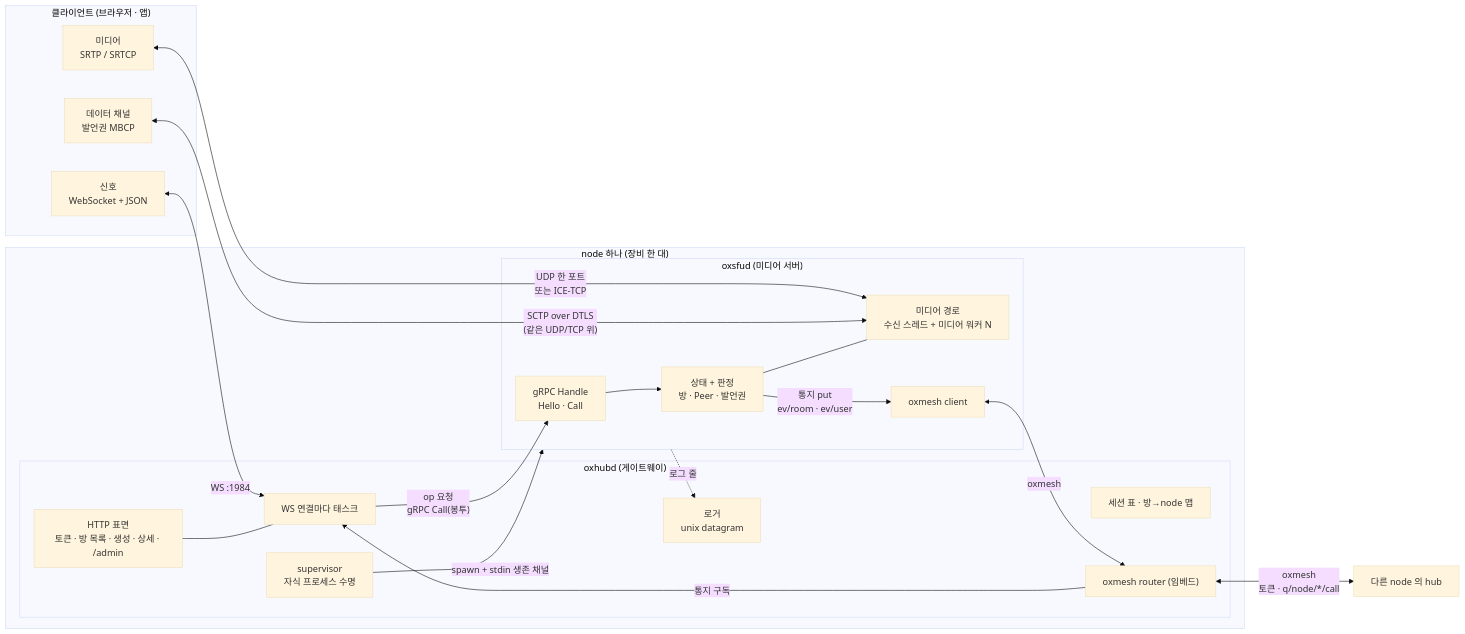
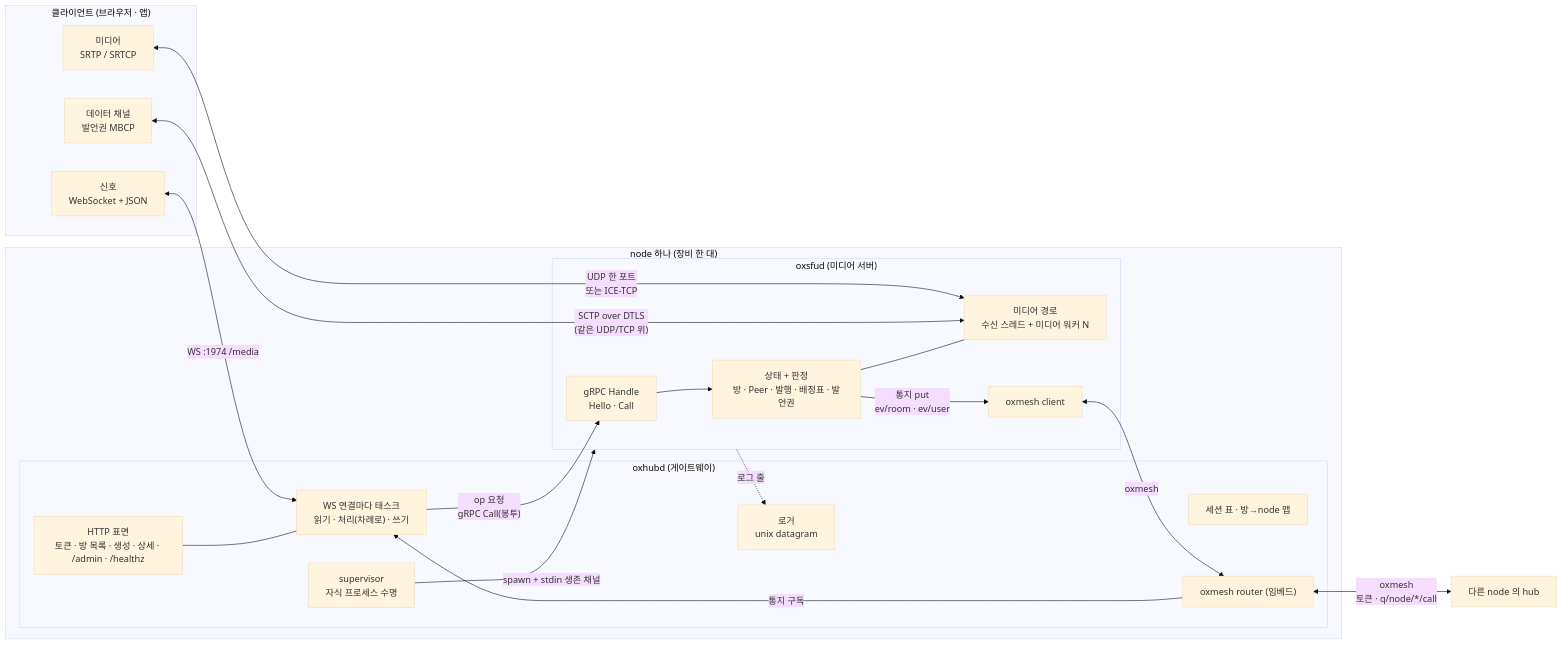
One commit to kodeholic9/oxlens-sfu changed the first of 9 diagrams in docs/architecture.md. Above: the diagram before and after it, drawn with Mermaid (base theme). The commit also changed other lines of this file and 16 other files, not shown here.

First line of the commit message:
공개 문서 현행화 — 연동규격서 공개본 따라잡기(v1.4 이후) · 학습 문서(docs/learn) 신설 · 서버 형상(architecture.md) 40c5ce0 기준 다시 씀 · README 문서 표

````diff
--- a/docs/architecture.md
+++ b/docs/architecture.md
@@ -28,42 +31,42 @@
 ```mermaid
 flowchart LR
     subgraph CL["클라이언트 (브라우저 · 앱)"]
         SIG["신호<br/>WebSocket + JSON"]
         MED["미디어<br/>SRTP / SRTCP"]
         DC["데이터 채널<br/>발언권 MBCP"]
     end
 
     subgraph NODE["node 하나 (장비 한 대)"]
         subgraph HUB["oxhubd (게이트웨이)"]
-            HTTP["HTTP 표면<br/>토큰 · 방 목록 · 생성 · 상세 · /admin"]
-            WS["WS 연결마다 태스크"]
+            HTTP["HTTP 표면<br/>토큰 · 방 목록 · 생성 · 상세 · /admin · /healthz"]
+            WS["WS 연결마다 태스크<br/>읽기 · 처리(차례로) · 쓰기"]
             SES["세션 표 · 방→node 맵"]
             SUP["supervisor<br/>자식 프로세스 수명"]
             ZR["oxmesh router (임베드)"]
             LOG["로거<br/>unix datagram"]
         end
         subgraph SFU["oxsfud (미디어 서버)"]
             GRPC["gRPC Handle<br/>Hello · Call"]
-            CORE["상태 + 판정<br/>방 · Peer · 발언권"]
+            CORE["상태 + 판정<br/>방 · Peer · 발행 · 배정표 · 발언권"]
             MEDIA["미디어 경로<br/>수신 스레드 + 미디어 워커 N"]
             ZC["oxmesh client"]
         end
     end
 
     OTHER["다른 node 의 hub"]
 
-    SIG <-->|"WS :1984"| WS
+    SIG <-->|"WS :1974 /media"| WS
     HTTP --- WS
     MED <-->|"UDP 한 포트<br/>또는 ICE-TCP"| MEDIA
     DC <-->|"SCTP over DTLS<br/>(같은 UDP/TCP 위)"| MEDIA
 
     WS -->|"op 요청<br/>gRPC Call(봉투)"| GRPC
     GRPC --> CORE
     CORE -->|"통지 put<br/>ev/room · ev/user"| ZC
     ZC <-->|"oxmesh"| ZR
     ZR -->|"통지 구독"| WS
     ZR <-->|"oxmesh<br/>토큰 · q/node/*/call"| OTHER
     SUP -->|"spawn + stdin 생존 채널"| SFU
     SFU -.->|"로그 줄"| LOG
     CORE --- MEDIA
 ```
````
